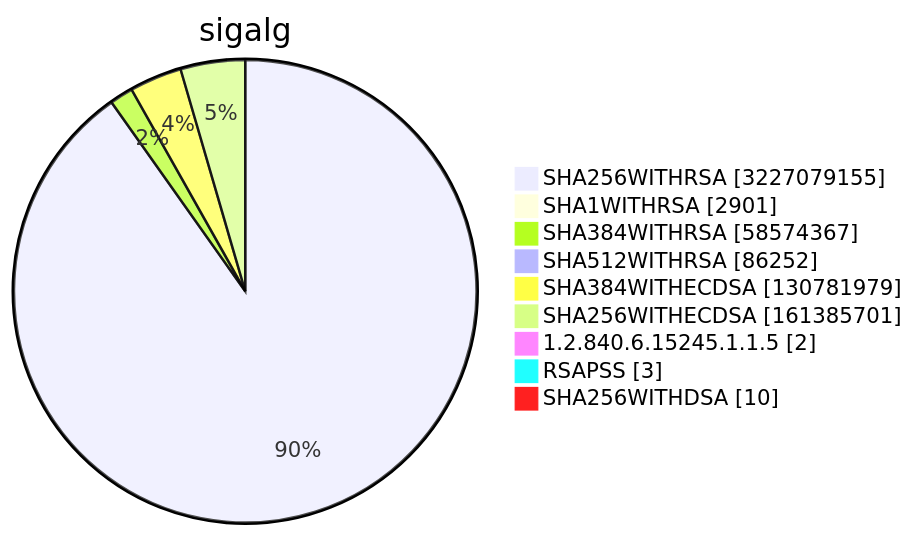
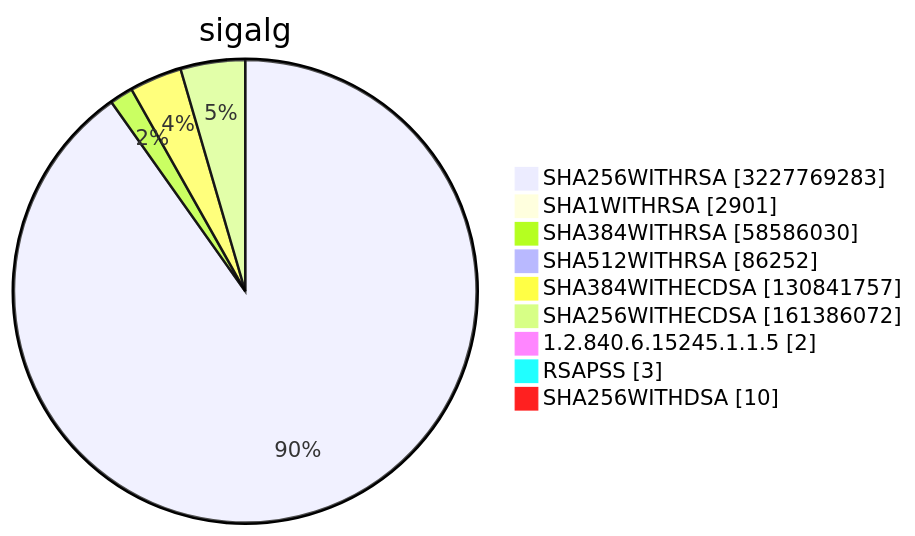
Diagram 15 of 15 in TOTAL/README.md (christiankrug/ctmonitor_visualization), drawn with Mermaid before and after one commit. The commit also changed other lines of this file, not shown here.

````diff
--- a/TOTAL/README.md
+++ b/TOTAL/README.md
@@ -6217,13 +6217,13 @@
 ```mermaid
 pie showData
 title sigalg
-"SHA256WITHRSA" :3227079155
+"SHA256WITHRSA" :3227769283
 "SHA1WITHRSA" :2901
-"SHA384WITHRSA" :58574367
+"SHA384WITHRSA" :58586030
 "SHA512WITHRSA" :86252
-"SHA384WITHECDSA" :130781979
-"SHA256WITHECDSA" :161385701
+"SHA384WITHECDSA" :130841757
+"SHA256WITHECDSA" :161386072
 "1.2.840.6.15245.1.1.5" :2
 "RSAPSS" :3
 "SHA256WITHDSA" :10
 ```
````
